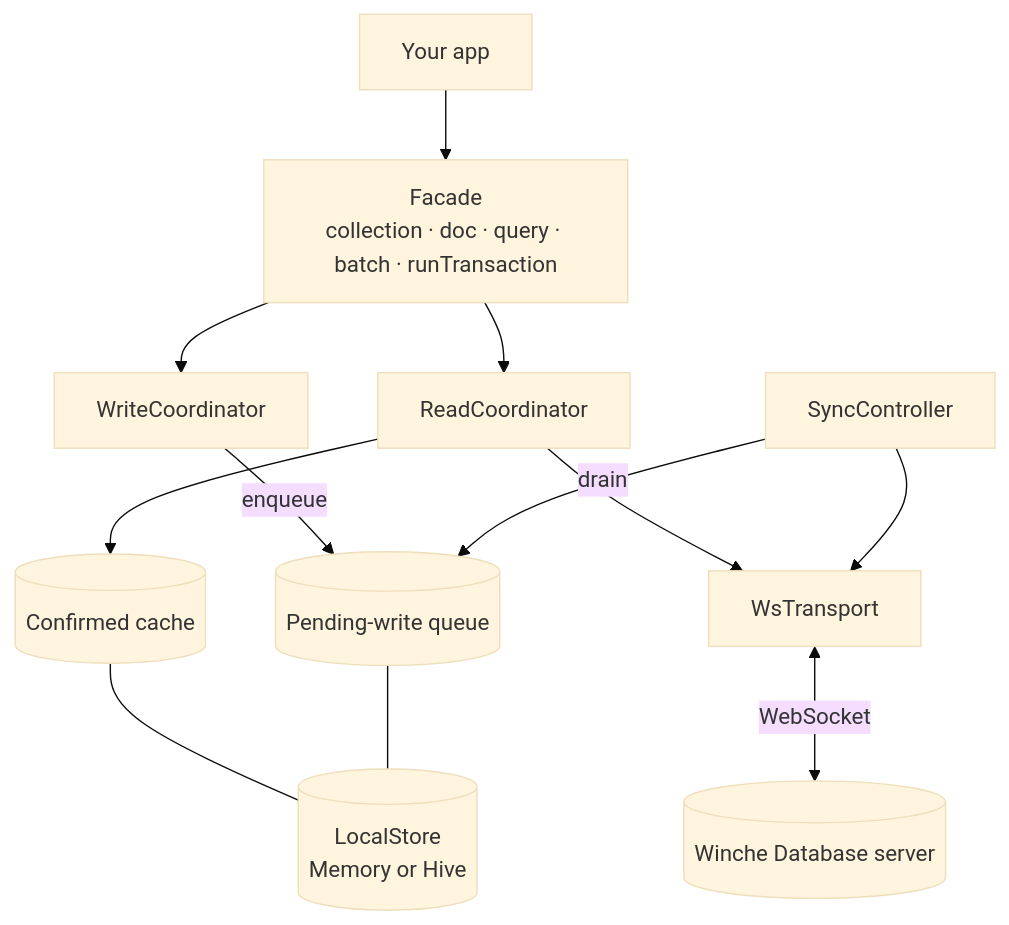
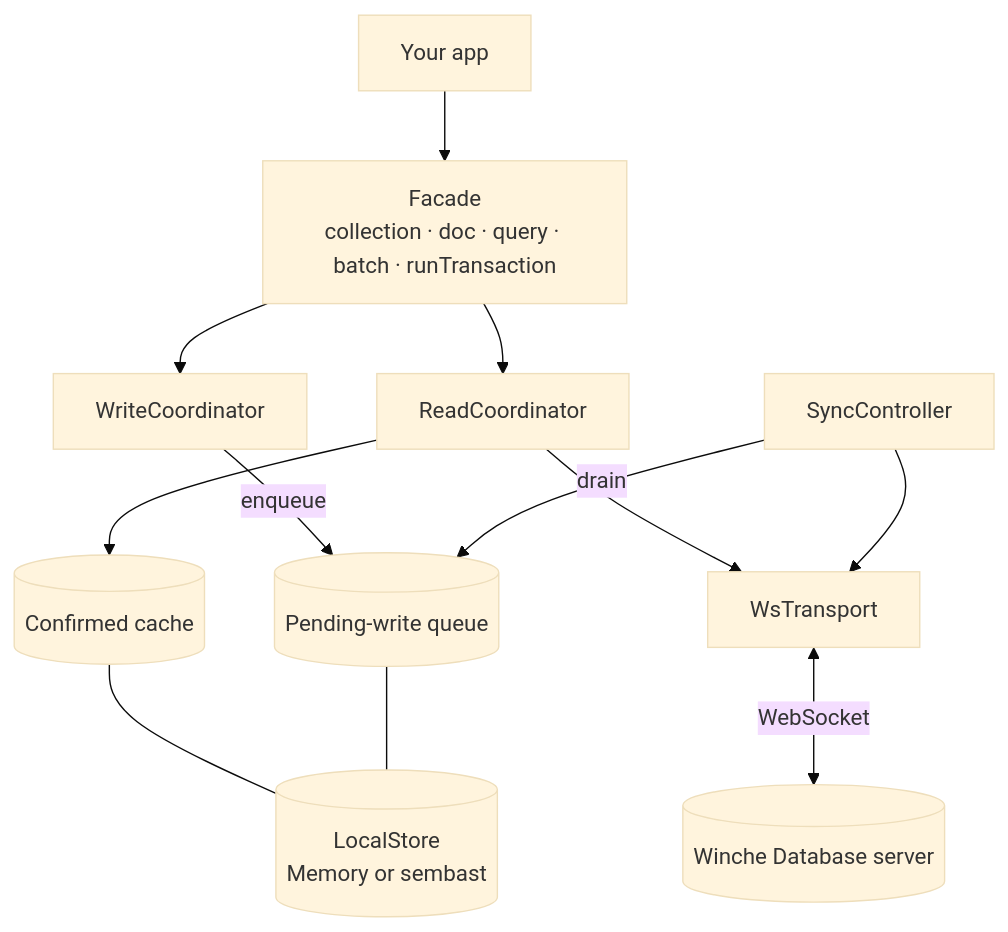
The first of 5 diagrams in README.md (FlameOfUdun/winche-database-dart-sdk), drawn with Mermaid (base theme) before and after one commit. The commit also changed other lines of this file and 14 other files, not shown here.

First line of the commit message:
feat!: replace Hive backend with sembast

````diff
--- a/README.md
+++ b/README.md
@@ -30,14 +30,14 @@
 ```mermaid
 flowchart TD
   App[Your app] --> Facade["Facade<br/>collection · doc · query · batch · runTransaction"]
   Facade --> Reads[ReadCoordinator]
   Facade --> Writes[WriteCoordinator]
   Reads --> Cache[(Confirmed cache)]
   Writes -- enqueue --> Queue[(Pending-write queue)]
   Sync[SyncController] -- drain --> Queue
   Reads --> T[WsTransport]
   Sync --> T
   T <-->|WebSocket| Server[(Winche Database server)]
-  Cache --- Store[(LocalStore<br/>Memory or Hive)]
+  Cache --- Store[(LocalStore<br/>Memory or sembast)]
   Queue --- Store
 ```
````
